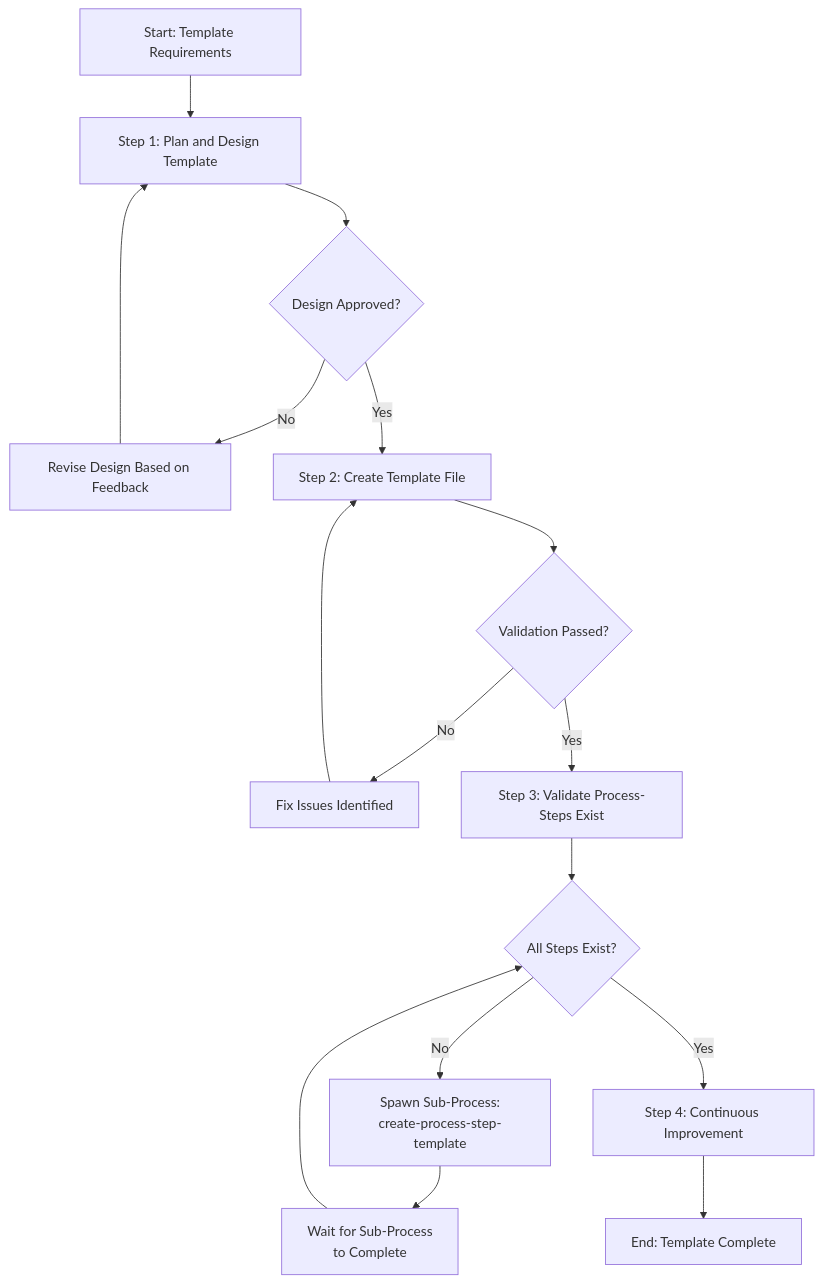
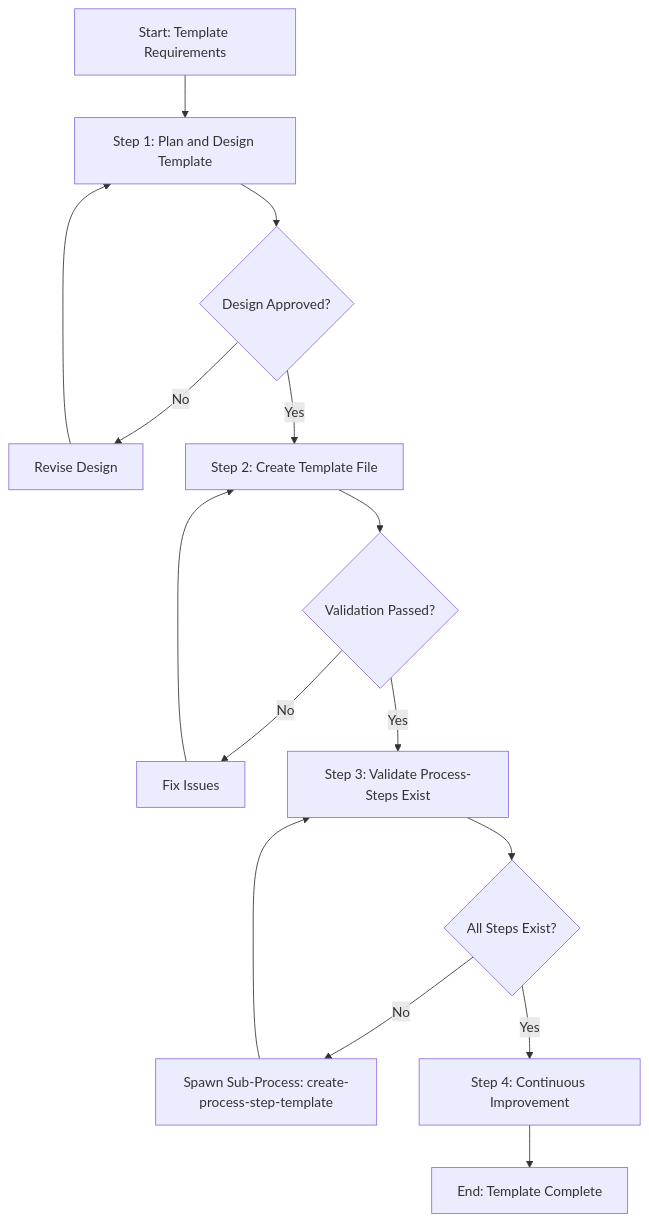
One commit to HMTools/agentic-processes changed the diagram in .processes/templates/infrastructure/create-process-template.md. Above: the diagram before and after it, drawn with Mermaid. The commit also changed other lines of this file and 77 other files, not shown here.

First line of the commit message:
Transforms to JSON-first agent architecture

````diff
--- a/.processes/templates/infrastructure/create-process-template.md
+++ b/.processes/templates/infrastructure/create-process-template.md
@@ -62,18 +30,17 @@
 ```mermaid
 flowchart TD
     A[Start: Template Requirements] --> B[Step 1: Plan and Design Template]
-    B --> B1{Design Approved?}
-    B1 -->|No| B2[Revise Design Based on Feedback]
-    B2 --> B
-    B1 -->|Yes| C[Step 2: Create Template File]
-    C --> C1{Validation Passed?}
-    C1 -->|No| C2[Fix Issues Identified]
-    C2 --> C
-    C1 -->|Yes| D[Step 3: Validate Process-Steps Exist]
-    D --> D1{All Steps Exist?}
-    D1 -->|No| D2[Spawn Sub-Process:<br/>create-process-step-template]
-    D2 --> D3[Wait for Sub-Process<br/>to Complete]
-    D3 --> D1
-    D1 -->|Yes| E[Step 4: Continuous Improvement]
-    E --> F[End: Template Complete]
+    B --> C{Design Approved?}
+    C -->|No| D[Revise Design]
+    D --> B
+    C -->|Yes| E[Step 2: Create Template File]
+    E --> F{Validation Passed?}
+    F -->|No| G[Fix Issues]
+    G --> E
+    F -->|Yes| H[Step 3: Validate Process-Steps Exist]
+    H --> I{All Steps Exist?}
+    I -->|No| J[Spawn Sub-Process: create-process-step-template]
+    J --> H
+    I -->|Yes| K[Step 4: Continuous Improvement]
+    K --> L[End: Template Complete]
 ```
````
